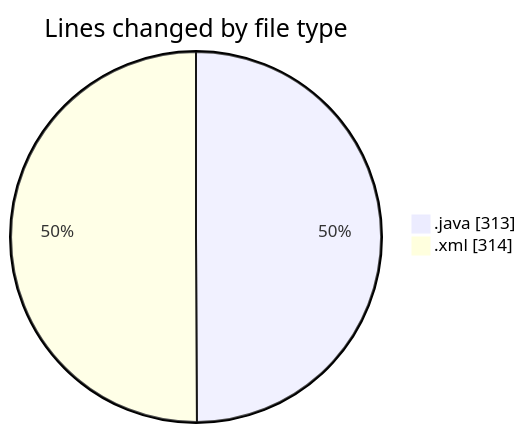
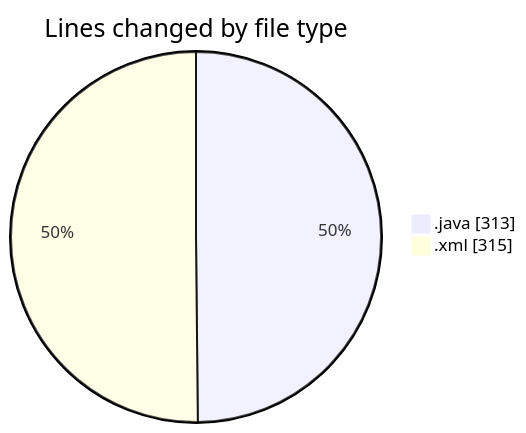
The first of 2 diagrams in 2025-02-26/micros/README.md (charlie-sans/code-tracking), drawn with Mermaid before and after one commit. The commit also changed other lines of this file and 1 other file, not shown here.

````diff
--- a/2025-02-26/micros/README.md
+++ b/2025-02-26/micros/README.md
@@ -21,6 +21,6 @@
 ```mermaid
 pie showData
 title Lines changed by file type
 ".java" : 313
-".xml" : 314
+".xml" : 315
 ```
````
